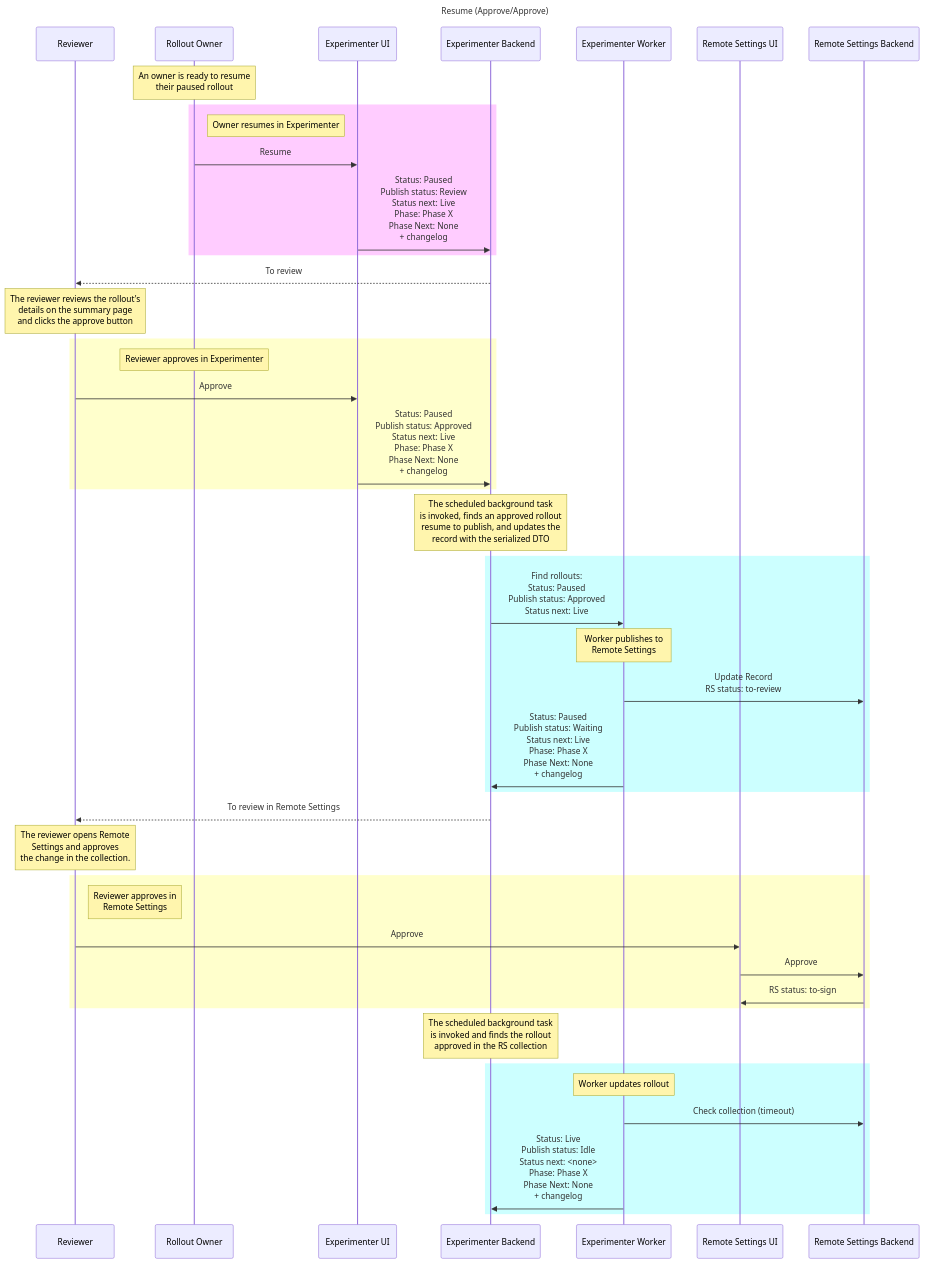
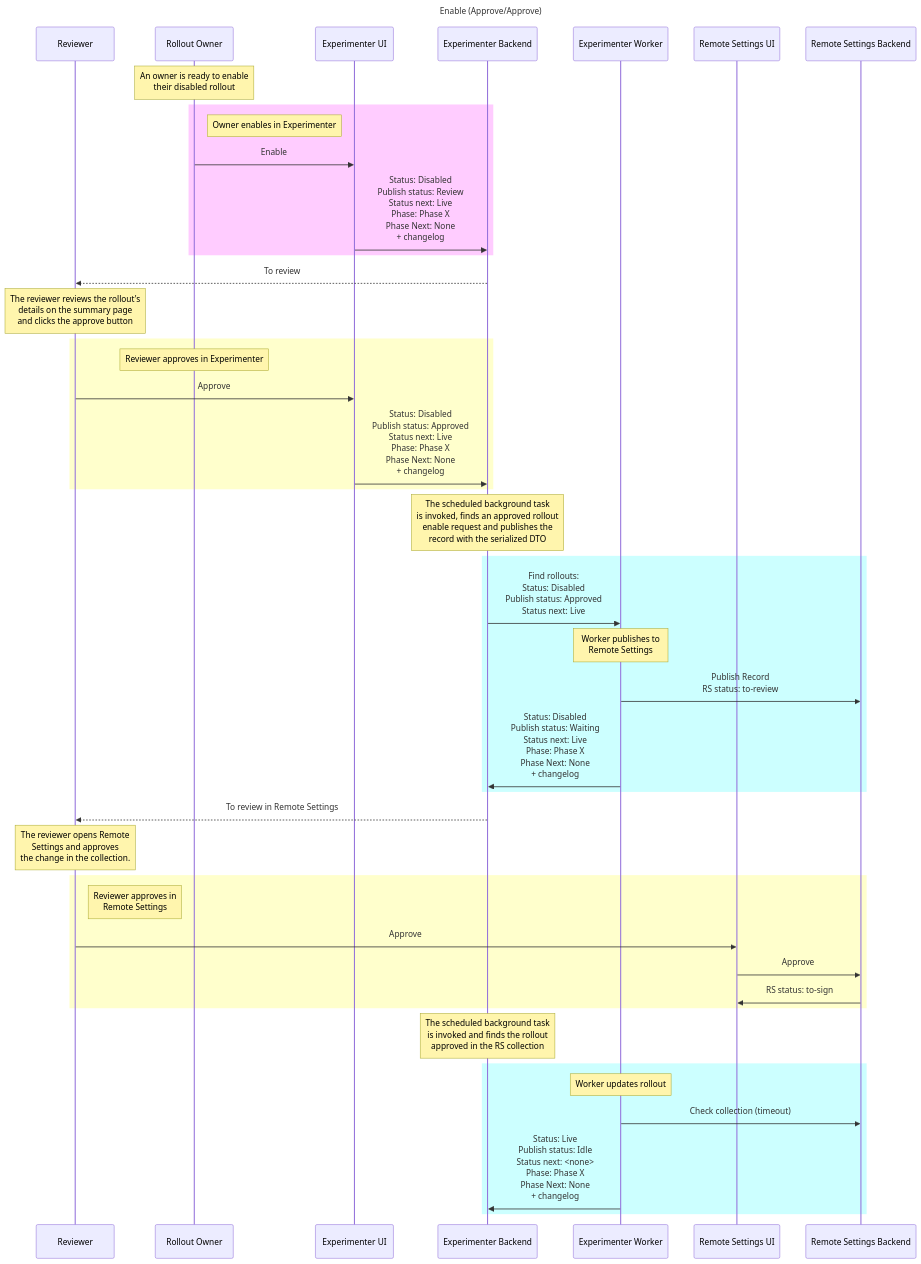
Before and after one commit to mozilla/experimenter: diagram 22 of 27 in docs/experimenter/rollouts.md, drawn with Mermaid. The commit also changed other lines of this file, not shown here.

First line of the commit message:
docs(nimbus): Add rollout mermaid diagrams

````diff
--- a/docs/experimenter/rollouts.md
+++ b/docs/experimenter/rollouts.md
@@ -990,56 +990,56 @@
 ```mermaid
   sequenceDiagram
     participant Reviewer
     participant Rollout Owner
     participant Experimenter UI
     participant Experimenter Backend
     participant Experimenter Worker
     participant Remote Settings UI
     participant Remote Settings Backend
-    title Resume (Approve/Approve)
+    title Enable (Approve/Approve)
 
-    Note over Rollout Owner: An owner is ready to resume <br/> their paused rollout
+    Note over Rollout Owner: An owner is ready to enable <br/> their disabled rollout
 
     rect rgb(255,204,255)
-        Note right of Rollout Owner: Owner resumes in Experimenter
-        Rollout Owner->>Experimenter UI: Resume
-        Experimenter UI->>Experimenter Backend: Status: Paused <br/> Publish status: Review <br/> Status next: Live <br/> Phase: Phase X <br/> Phase Next: None <br/> + changelog
+        Note right of Rollout Owner: Owner enables in Experimenter
+        Rollout Owner->>Experimenter UI: Enable
+        Experimenter UI->>Experimenter Backend: Status: Disabled <br/> Publish status: Review <br/> Status next: Live <br/> Phase: Phase X <br/> Phase Next: None <br/> + changelog
     end
 
     Experimenter Backend-->>Reviewer: To review
     Note over Reviewer: The reviewer reviews the rollout's <br/> details on the summary page <br/> and clicks the approve button
 
     rect rgb(255,255,204)
         Note over Rollout Owner: Reviewer approves in Experimenter
         Reviewer->>Experimenter UI: Approve
-        Experimenter UI->>Experimenter Backend: Status: Paused <br/> Publish status: Approved <br/> Status next: Live <br/> Phase: Phase X <br/> Phase Next: None <br/> + changelog
+        Experimenter UI->>Experimenter Backend: Status: Disabled <br/> Publish status: Approved <br/> Status next: Live <br/> Phase: Phase X <br/> Phase Next: None <br/> + changelog
     end
 
-    Note over Experimenter Backend: The scheduled background task <br/> is invoked, finds an approved rollout <br/> resume to publish, and updates the <br/> record with the serialized DTO
+    Note over Experimenter Backend: The scheduled background task <br/> is invoked, finds an approved rollout <br/> enable request and publishes the <br/> record with the serialized DTO
 
     rect rgb(204,255,255)
-        Experimenter Backend->>Experimenter Worker: Find rollouts: <br/> Status: Paused <br/> Publish status: Approved <br/> Status next: Live
+        Experimenter Backend->>Experimenter Worker: Find rollouts: <br/> Status: Disabled <br/> Publish status: Approved <br/> Status next: Live
         Note over Experimenter Worker: Worker publishes to <br/>Remote Settings
-        Experimenter Worker->>Remote Settings Backend: Update Record <br/> RS status: to-review
-        Experimenter Worker->>Experimenter Backend: Status: Paused <br/> Publish status: Waiting <br/> Status next: Live <br/> Phase: Phase X <br/> Phase Next: None <br/> + changelog
+        Experimenter Worker->>Remote Settings Backend: Publish Record <br/> RS status: to-review
+        Experimenter Worker->>Experimenter Backend: Status: Disabled <br/> Publish status: Waiting <br/> Status next: Live <br/> Phase: Phase X <br/> Phase Next: None <br/> + changelog
     end
 
     Experimenter Backend-->>Reviewer: To review in Remote Settings
 
     Note over Reviewer: The reviewer opens Remote <br/> Settings and approves <br/> the change in the collection.
 
     rect rgb(255,255,204)
         Note right of Reviewer: Reviewer approves in <br/>Remote Settings
         Reviewer->>Remote Settings UI: Approve
         Remote Settings UI->>Remote Settings Backend: Approve
         Remote Settings Backend->>Remote Settings UI: RS status: to-sign
     end
 
     Note over Experimenter Backend: The scheduled background task <br/> is invoked and finds the rollout <br/> approved in the RS collection
 
     rect rgb(204,255,255)
         Note over Experimenter Worker: Worker updates rollout
         Experimenter Worker->>Remote Settings Backend: Check collection (timeout)
         Experimenter Worker->>Experimenter Backend:  Status: Live <br/> Publish status: Idle <br/> Status next: <none> <br/> Phase: Phase X <br/> Phase Next: None <br/> + changelog
     end
 ```
````
